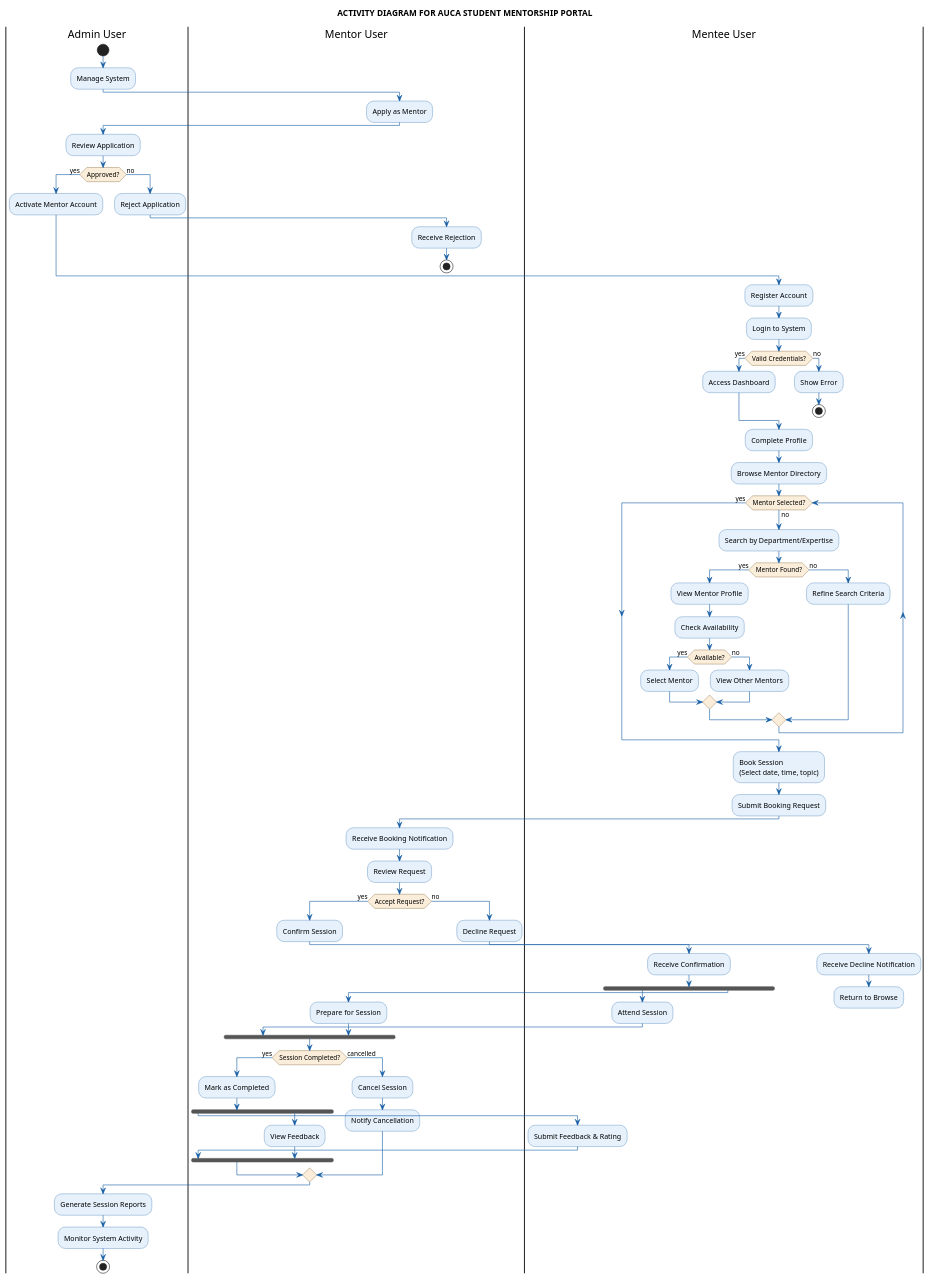
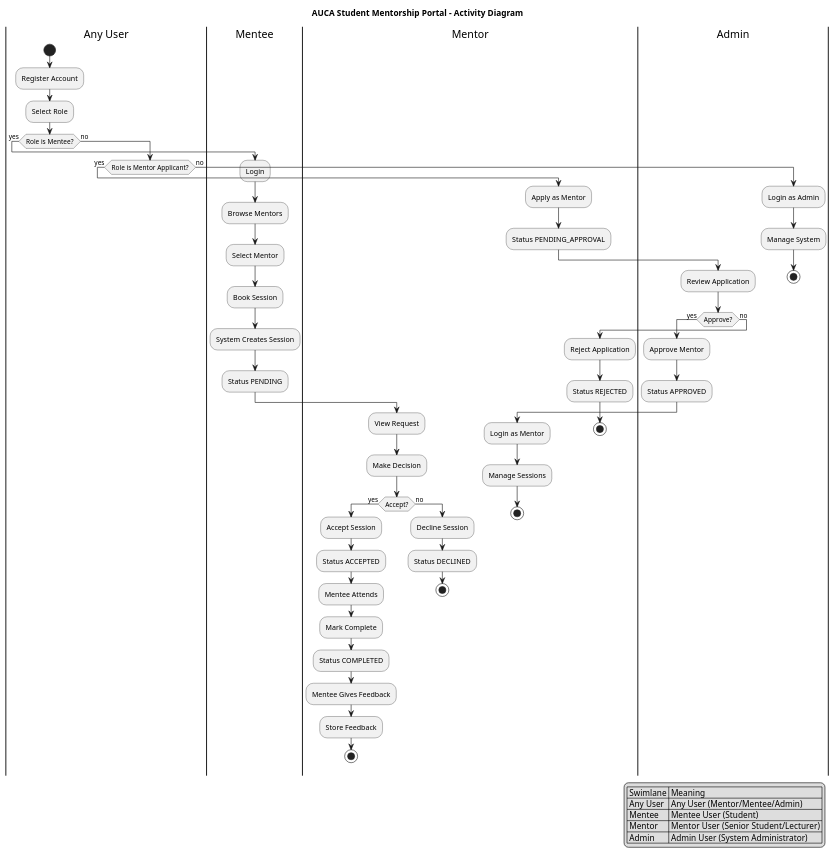
Before and after one commit to confiance22/AUCA-Student-Mentorship-Portal: the diagram in diagrams/activity.puml, drawn with PlantUML. The commit also changed 17 other files, not shown here.

```diff
--- a/diagrams/activity.puml
+++ b/diagrams/activity.puml
@@ -1,114 +1,87 @@
-@startuml AUCA_Mentorship_ActivityDiagram
+@startuml
+title AUCA Student Mentorship Portal - Activity Diagram
 
-skinparam backgroundColor white
-skinparam ArrowColor #185FA5
-skinparam ActivityBackgroundColor #E6F1FB
-skinparam ActivityBorderColor #185FA5
-skinparam ActivityDiamondBackgroundColor #FAEEDA
-skinparam ActivityDiamondBorderColor #633806
-skinparam StartColor #185FA5
-skinparam EndColor #185FA5
 
-title ACTIVITY DIAGRAM FOR AUCA STUDENT MENTORSHIP PORTAL
 
-|Admin User|
+legend right
+  | Swimlane | Meaning |
+  | Any User | Any User (Mentor/Mentee/Admin) |
+  | Mentee | Mentee User (Student) |
+  | Mentor | Mentor User (Senior Student/Lecturer) |
+  | Admin | Admin User (System Administrator) |
+endlegend
+
+|Any User|
 start
-:Manage System;
+:Register Account;
+:Select Role;
 
-|Mentor User|
-:Apply as Mentor;
+if (Role is Mentee?) then (yes)
+  
+  |Mentee|
+  :Login;
+  :Browse Mentors;
+  :Select Mentor;
+  :Book Session;
+  :System Creates Session;
+  :Status PENDING;
+  
+  |Mentor|
+  :View Request;
+  :Make Decision;
+  
+  if (Accept?) then (yes)
+    :Accept Session;
+    :Status ACCEPTED;
+    :Mentee Attends;
+    :Mark Complete;
+    :Status COMPLETED;
+    :Mentee Gives Feedback;
+    :Store Feedback;
+    stop
+    
+  else (no)
+    :Decline Session;
+    :Status DECLINED;
+    stop
+  endif
+  
+else (no)
+  
+  |Any User|
+  if (Role is Mentor Applicant?) then (yes)
+    
+    |Mentor|
+    :Apply as Mentor;
+    :Status PENDING_APPROVAL;
+    
+    |Admin|
+    :Review Application;
+    
+    if (Approve?) then (yes)
+      :Approve Mentor;
+      :Status APPROVED;
+      
+      |Mentor|
+      :Login as Mentor;
+      :Manage Sessions;
+      stop
+      
+    else (no)
+      :Reject Application;
+      :Status REJECTED;
+      stop
+    endif
+    
+  else (no)
+    
+    |Admin|
+    :Login as Admin;
+    :Manage System;
+    stop
+    
+  endif
 
-|Admin User|
-:Review Application;
-
-if (Approved?) then (yes)
-    :Activate Mentor Account;
-else (no)
-    :Reject Application;
-    |Mentor User|
-    :Receive Rejection;
-    stop
 endif
 
-|Mentee User|
-:Register Account;
-:Login to System;
-
-if (Valid Credentials?) then (yes)
-    :Access Dashboard;
-else (no)
-    :Show Error;
-    stop
-endif
-
-:Complete Profile;
-:Browse Mentor Directory;
-
-while (Mentor Selected?) is (no)
-    :Search by Department/Expertise;
-    
-    if (Mentor Found?) then (yes)
-        :View Mentor Profile;
-        :Check Availability;
-        
-        if (Available?) then (yes)
-            :Select Mentor;
-        else (no)
-            :View Other Mentors;
-        endif
-    else (no)
-        :Refine Search Criteria;
-    endif
-endwhile (yes)
-
-:Book Session\n(Select date, time, topic);
-:Submit Booking Request;
-
-|Mentor User|
-:Receive Booking Notification;
-:Review Request;
-
-if (Accept Request?) then (yes)
-    :Confirm Session;
-    
-    |Mentee User|
-    :Receive Confirmation;
-    
-    fork
-        :Attend Session;
-    fork again
-        |Mentor User|
-        :Prepare for Session;
-    end fork
-    
-    if (Session Completed?) then (yes)
-        :Mark as Completed;
-        
-        fork
-            |Mentee User|
-            :Submit Feedback & Rating;
-        fork again
-            |Mentor User|
-            :View Feedback;
-        end fork
-        
-    else (cancelled)
-        :Cancel Session;
-        :Notify Cancellation;
-    endif
-    
-else (no)
-    :Decline Request;
-    
-    |Mentee User|
-    :Receive Decline Notification;
-    :Return to Browse;
-    detach
-endif
-
-|Admin User|
-:Generate Session Reports;
-:Monitor System Activity;
-stop
-
 @enduml
```
